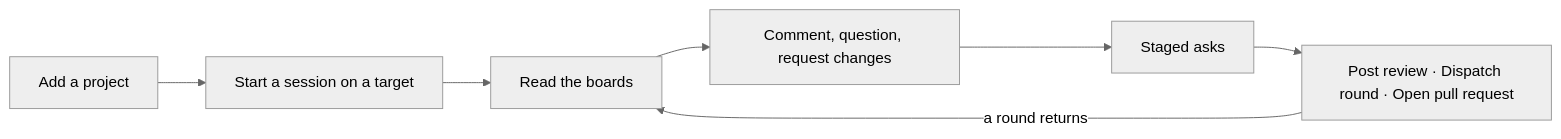
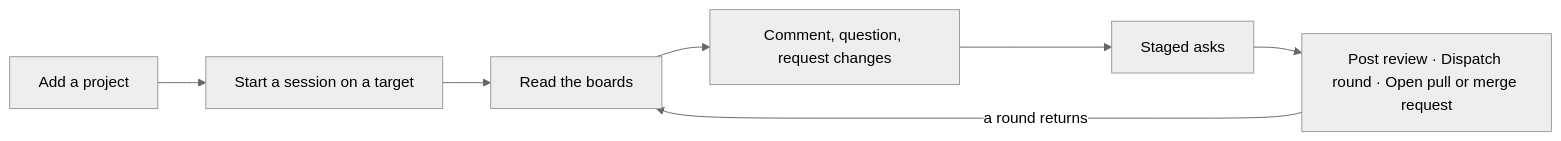
Before and after one commit to rbutera/Rennet: the first of 2 diagrams in docs/using/guides/getting-started.md, drawn with Mermaid (neutral theme). The commit also changed other lines of this file and 25 other files, not shown here.

Commit message:
Add GitLab merge-request submission

````diff
--- a/docs/using/guides/getting-started.md
+++ b/docs/using/guides/getting-started.md
@@ -30,9 +30,9 @@
 ```mermaid
 flowchart LR
   project[Add a project] --> session[Start a session on a target]
   session --> boards[Read the boards]
   boards --> raise[Comment, question, request changes]
   raise --> asks[Staged asks]
-  asks --> exit[Post review · Dispatch round · Open pull request]
+  asks --> exit[Post review · Dispatch round · Open pull or merge request]
   exit -->|a round returns| boards
 ```
````
